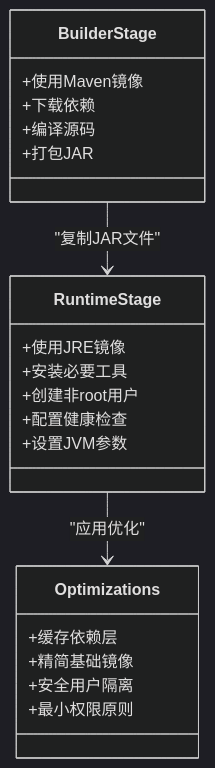
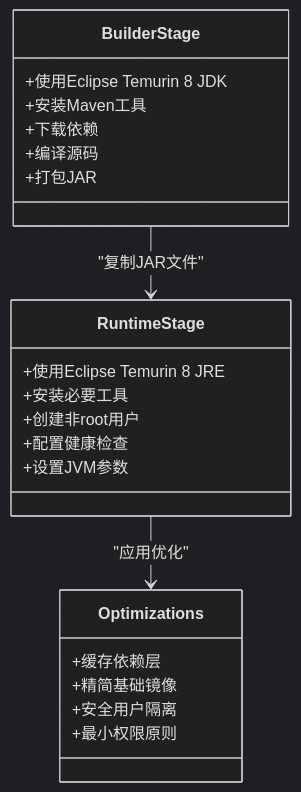
Before and after one commit to zzjxmy/mysql-risk-filed-check: the fifth of 9 diagrams in .qoder/repowiki/zh/content/部署与运维/Docker容器化部署.md, drawn with Mermaid (dark theme). The commit also changed other lines of this file and 8 other files, not shown here.

````diff
--- a/.qoder/repowiki/zh/content/部署与运维/Docker容器化部署.md
+++ b/.qoder/repowiki/zh/content/部署与运维/Docker容器化部署.md
@@ -221,24 +223,25 @@
 ```mermaid
 classDiagram
 class BuilderStage {
-+使用Maven镜像
++使用Eclipse Temurin 8 JDK
++安装Maven工具
 +下载依赖
 +编译源码
 +打包JAR
 }
 class RuntimeStage {
-+使用JRE镜像
++使用Eclipse Temurin 8 JRE
 +安装必要工具
 +创建非root用户
 +配置健康检查
 +设置JVM参数
 }
 class Optimizations {
 +缓存依赖层
 +精简基础镜像
 +安全用户隔离
 +最小权限原则
 }
 BuilderStage --> RuntimeStage : "复制JAR文件"
 RuntimeStage --> Optimizations : "应用优化"
 ```
````
